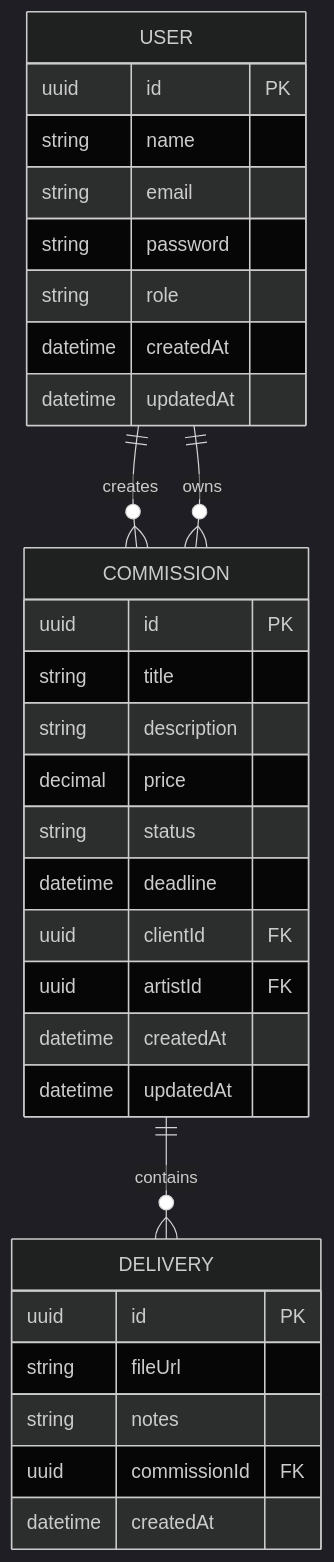
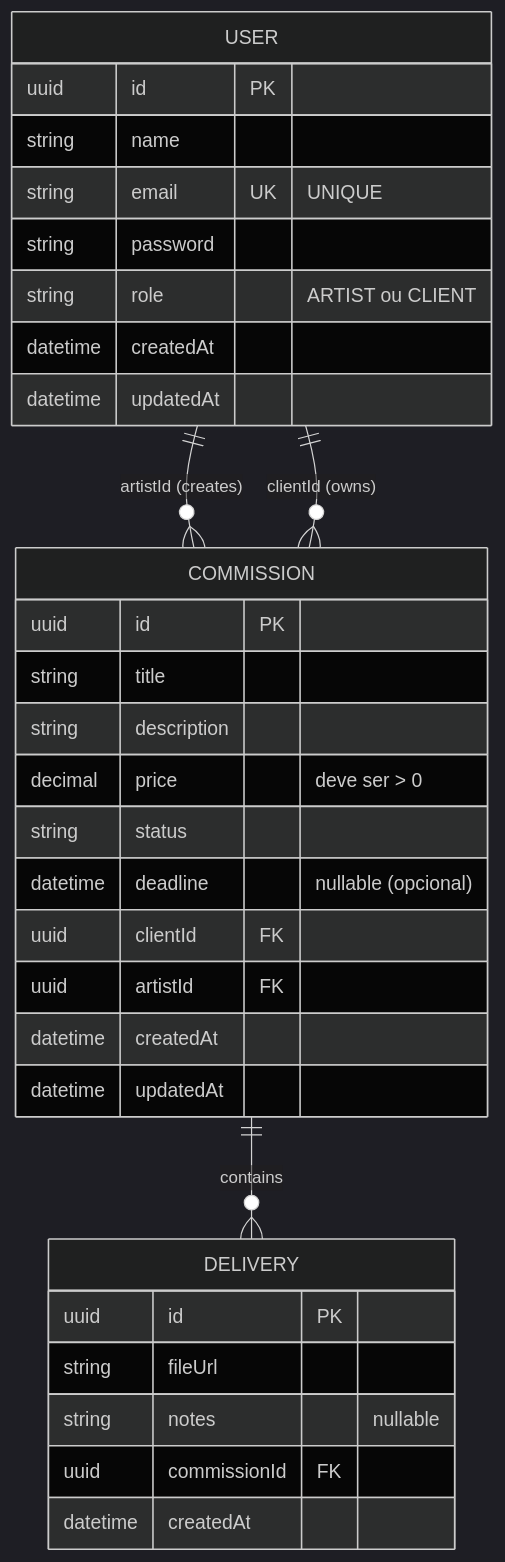
One commit to diogooabreu/commission-track changed the diagram in docs/sdd.md. Above: the diagram before and after it, drawn with Mermaid (dark theme). The commit also changed 2 other files, not shown here.

Commit message:
decisoes arquiteturais e campos no checklist (#4)

````diff
--- a/docs/sdd.md
+++ b/docs/sdd.md
@@ -7,38 +7,38 @@
 ```mermaid
 erDiagram
 
     USER {
         uuid id PK
         string name
-        string email
+        string email UK "UNIQUE"
         string password
-        string role
+        string role "ARTIST ou CLIENT"
         datetime createdAt
         datetime updatedAt
     }
 
     COMMISSION {
         uuid id PK
         string title
         string description
-        decimal price
+        decimal price "deve ser > 0"
         string status
-        datetime deadline
+        datetime deadline "nullable (opcional)"
         uuid clientId FK
         uuid artistId FK
         datetime createdAt
         datetime updatedAt
     }
 
     DELIVERY {
         uuid id PK
         string fileUrl
-        string notes
+        string notes "nullable"
         uuid commissionId FK
         datetime createdAt
     }
 
-    USER ||--o{ COMMISSION : creates
-    USER ||--o{ COMMISSION : owns
-    COMMISSION ||--o{ DELIVERY : contains
+    USER ||--o{ COMMISSION : "artistId (creates)"
+    USER ||--o{ COMMISSION : "clientId (owns)"
+    COMMISSION ||--o{ DELIVERY : "contains"
 ```
````
